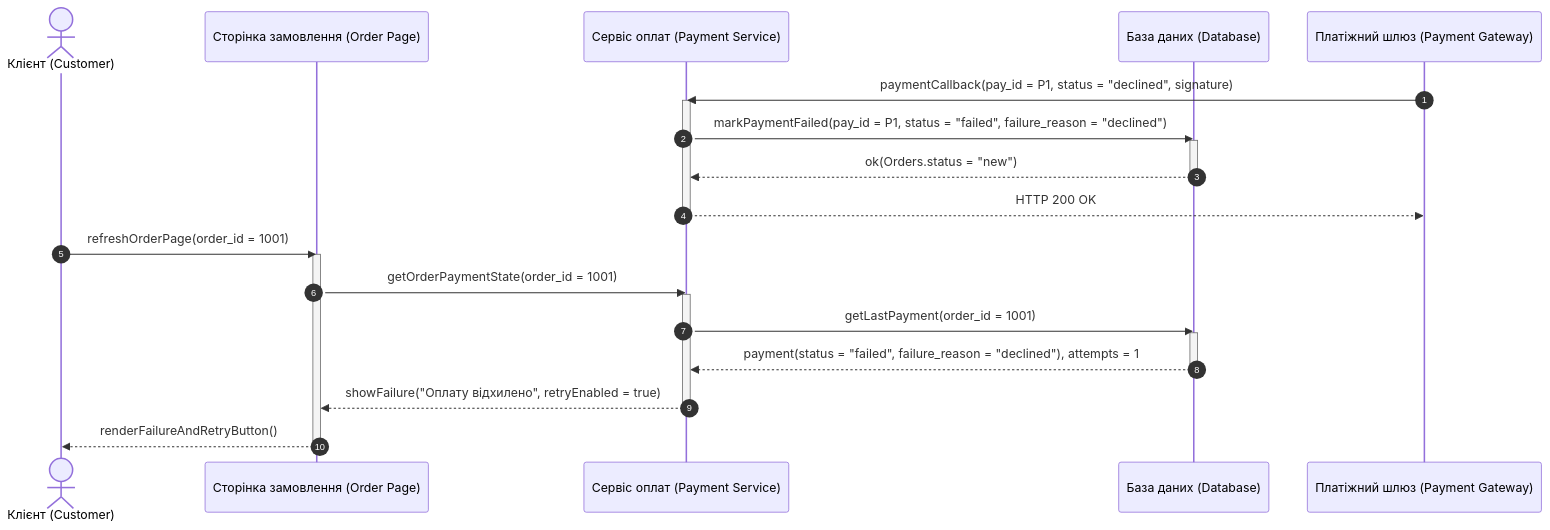
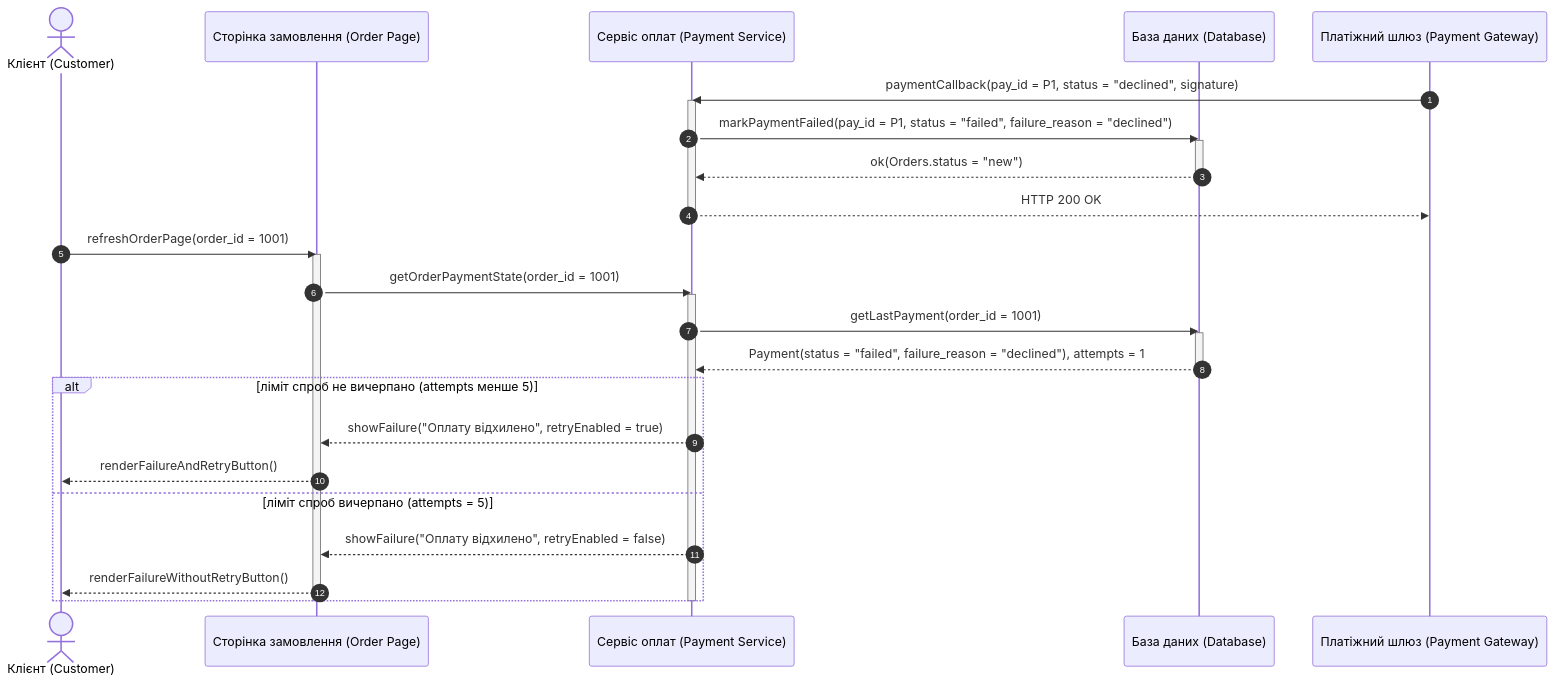
Before and after one commit to hutnichs/KPI_MAVPZ: the fifth of 15 diagrams in Lab3/diagram.md, drawn with Mermaid. The commit also changed other lines of this file, not shown here.

Commit message:
Refactor payment flow and update details

````diff
--- a/Lab3/diagram.md
+++ b/Lab3/diagram.md
@@ -169,31 +187,36 @@
 ```mermaid
 sequenceDiagram
     autonumber
     actor Customer as Клієнт (Customer)
     participant Page as Сторінка замовлення (Order Page)
     participant PS as Сервіс оплат (Payment Service)
     participant DB as База даних (Database)
     participant PGW as Платіжний шлюз (Payment Gateway)
 
     PGW->>PS: paymentCallback(pay_id = P1, status = "declined", signature)
     activate PS
     PS->>DB: markPaymentFailed(pay_id = P1, status = "failed", failure_reason = "declined")
     activate DB
     DB-->>PS: ok(Orders.status = "new")
     deactivate DB
     PS-->>PGW: HTTP 200 OK
     deactivate PS
 
     Customer->>Page: refreshOrderPage(order_id = 1001)
     activate Page
     Page->>PS: getOrderPaymentState(order_id = 1001)
     activate PS
     PS->>DB: getLastPayment(order_id = 1001)
     activate DB
-    DB-->>PS: payment(status = "failed", failure_reason = "declined"), attempts = 1
+    DB-->>PS: Payment(status = "failed", failure_reason = "declined"), attempts = 1
     deactivate DB
-    PS-->>Page: showFailure("Оплату відхилено", retryEnabled = true)
+    alt ліміт спроб не вичерпано (attempts менше 5)
+        PS-->>Page: showFailure("Оплату відхилено", retryEnabled = true)
+        Page-->>Customer: renderFailureAndRetryButton()
+    else ліміт спроб вичерпано (attempts = 5)
+        PS-->>Page: showFailure("Оплату відхилено", retryEnabled = false)
+        Page-->>Customer: renderFailureWithoutRetryButton()
+    end
     deactivate PS
-    Page-->>Customer: renderFailureAndRetryButton()
     deactivate Page
 ```
````
